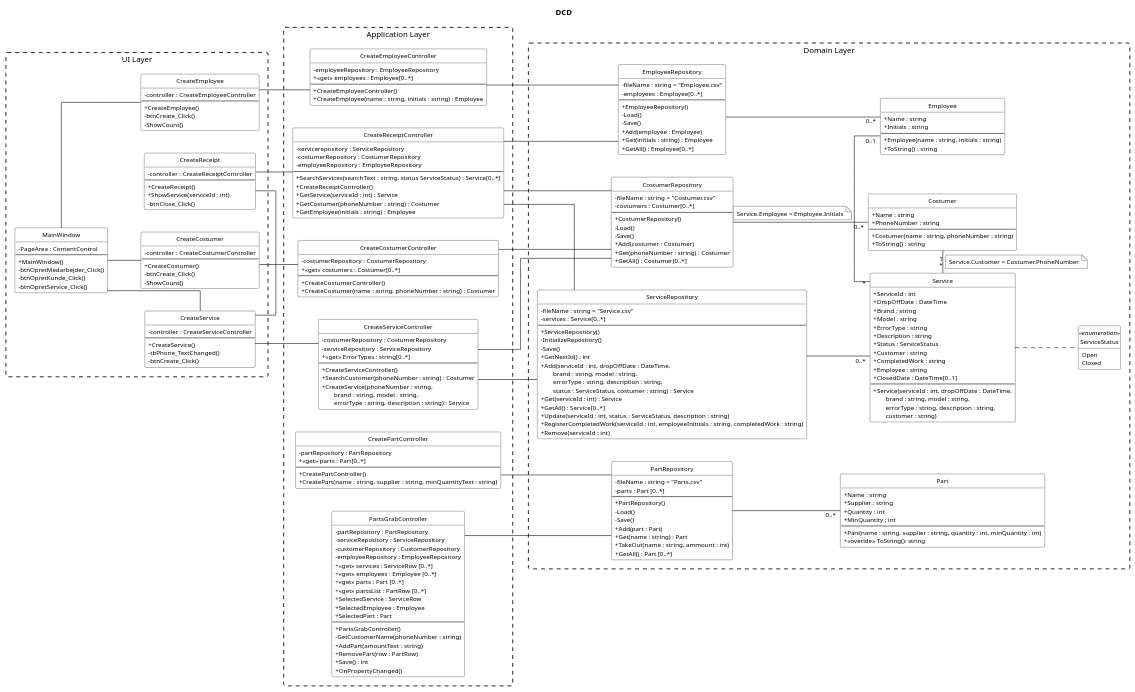
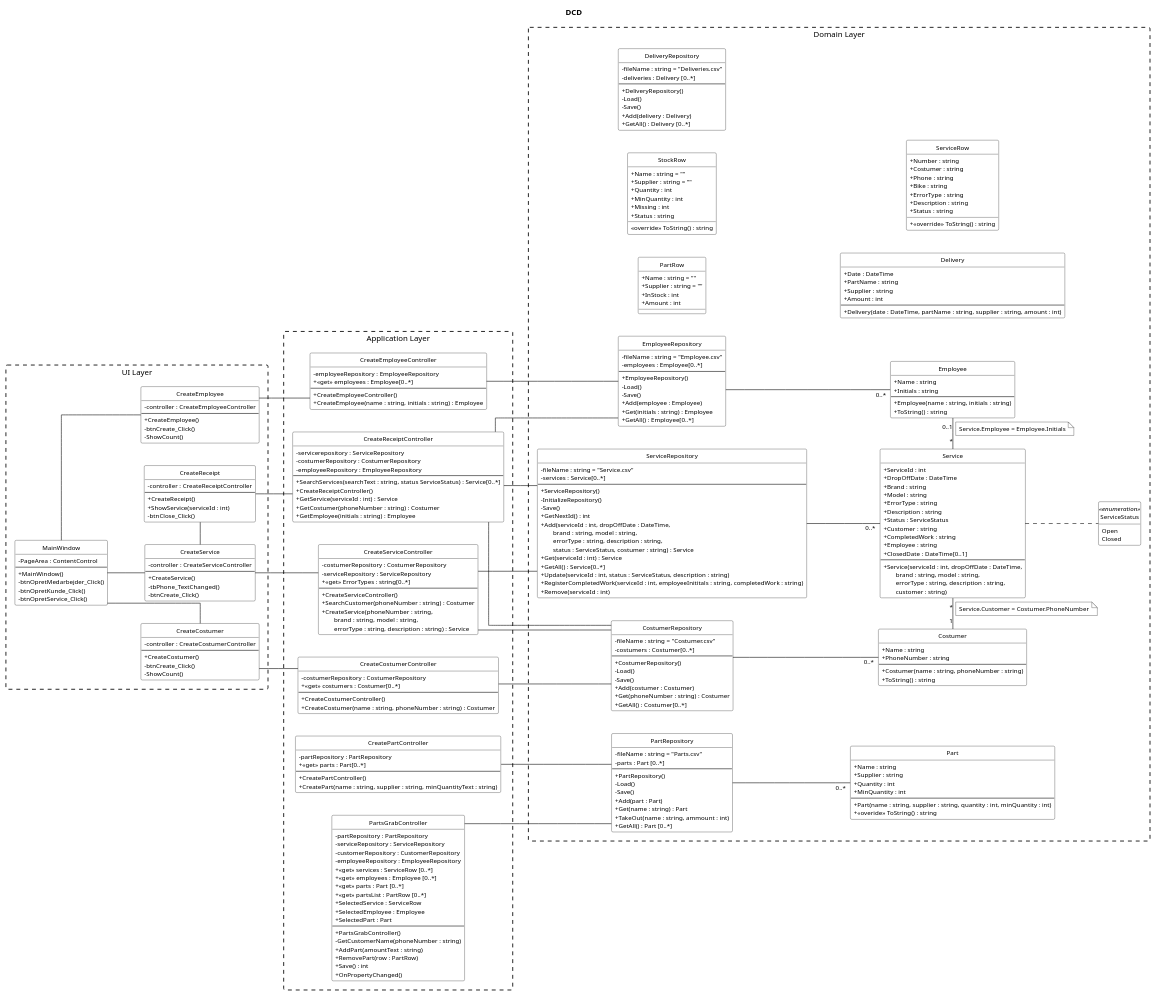
Before and after one commit to Zoabz/Getting-Real: the diagram in 7. Design Class Diagram/designklassediagram Sprint 1.puml, drawn with PlantUML.

```diff
--- a/7. Design Class Diagram/designklassediagram Sprint 1.puml
+++ b/7. Design Class Diagram/designklassediagram Sprint 1.puml
@@ -233,7 +233,7 @@
     + MinQuantity : int
     --
     + Part(name : string, supplier : string, quantity : int, minQuantity : int)
-    + <<overide>> ToString(): string
+    + <<overide>> ToString() : string
   }
 
   class Costumer {
@@ -267,7 +267,55 @@
     Open
     Closed
   }
+
+  class PartRow {
+  + Name : string = ""
+  + Supplier : string = ""
+  + InStock : int
+  + Amount : int
+  }
+
+   class StockRow {
+  + Name : string = ""
+  + Supplier : string = ""
+  + Quantity : int
+  + MinQuantity : int
+  + Missing : int
+  + Status : string
+  <<override>> ToString() : string
+  }
+
+    class DeliveryRepository {
+  - fileName : string = "Deliveries.csv"
+  - deliveries : Delivery [0..*]
+  --
+  + DeliveryRepository()
+  - Load()
+  - Save()
+  + Add(delivery : Delivery)
+  + GetAll() : Delivery [0..*]
 }
+
+class Delivery {
+  + Date : DateTime
+  + PartName : string 
+  + Supplier : string
+  + Amount : int
+  --
+  + Delivery(date : DateTime, partName : string, supplier : string, amount : int)
+}
+
+ class ServiceRow {
+  + Number : string
+  + Costumer : string
+  + Phone : string
+  + Bike : string
+  + ErrorType : string
+  + Description : string
+  + Status : string
+
+  + <<override>> ToString() : string
+  }
 
 ' ---------- UI Layer: hovedvindue -> sider, side -> dialog ----------
 MainWindow -- CreateEmployee
```
